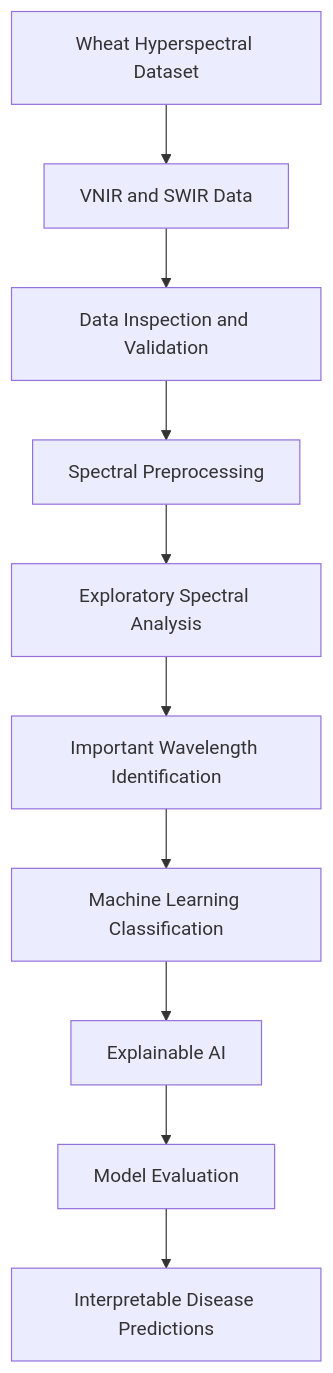
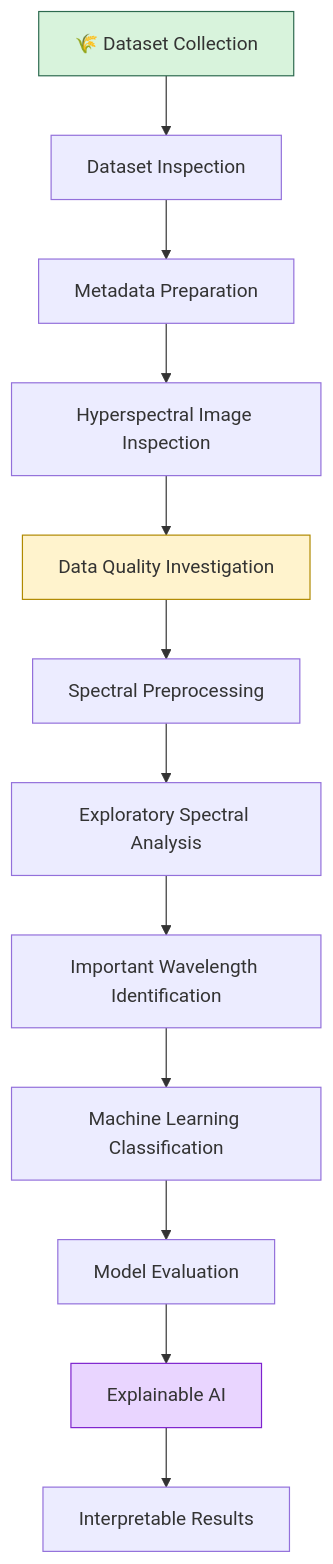
One commit to sanjanamdinfo/TerraSpectra-AI changed the diagram in README.md. Above: the diagram before and after it, drawn with Mermaid. The commit also changed other lines of this file, not shown here.

````diff
--- a/README.md
+++ b/README.md
@@ -123,12 +143,18 @@
 ```mermaid
 flowchart TD
-    A["Wheat Hyperspectral Dataset"] --> B["VNIR and SWIR Data"]
-    B --> C["Data Inspection and Validation"]
-    C --> D["Spectral Preprocessing"]
-    D --> E["Exploratory Spectral Analysis"]
-    E --> F["Important Wavelength Identification"]
-    F --> G["Machine Learning Classification"]
-    G --> H["Explainable AI"]
-    H --> I["Model Evaluation"]
-    I --> J["Interpretable Disease Predictions"]
+    A["🌾 Dataset Collection"] --> B["Dataset Inspection"]
+    B --> C["Metadata Preparation"]
+    C --> D["Hyperspectral Image Inspection"]
+    D --> E["Data Quality Investigation"]
+    E --> F["Spectral Preprocessing"]
+    F --> G["Exploratory Spectral Analysis"]
+    G --> H["Important Wavelength Identification"]
+    H --> I["Machine Learning Classification"]
+    I --> J["Model Evaluation"]
+    J --> K["Explainable AI"]
+    K --> L["Interpretable Results"]
+
+    style A fill:#d8f3dc,stroke:#2d6a4f
+    style E fill:#fff3cd,stroke:#b08900
+    style K fill:#e9d5ff,stroke:#7e22ce
 ```
````
